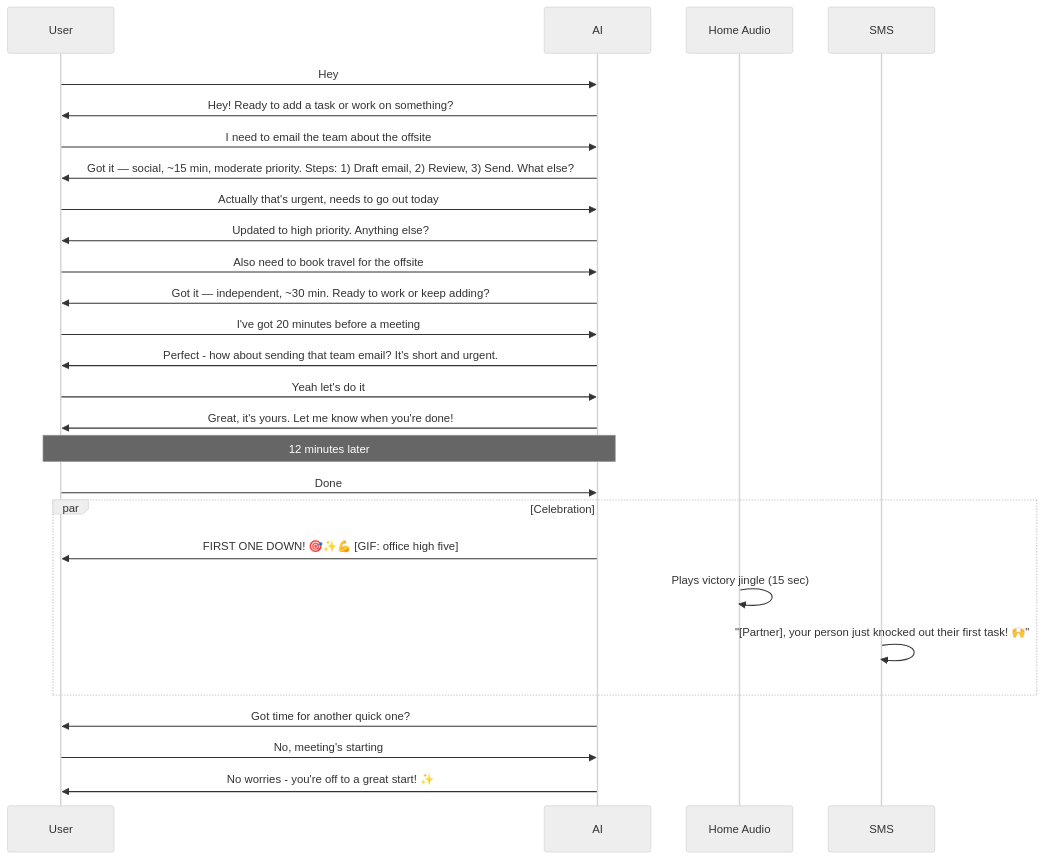
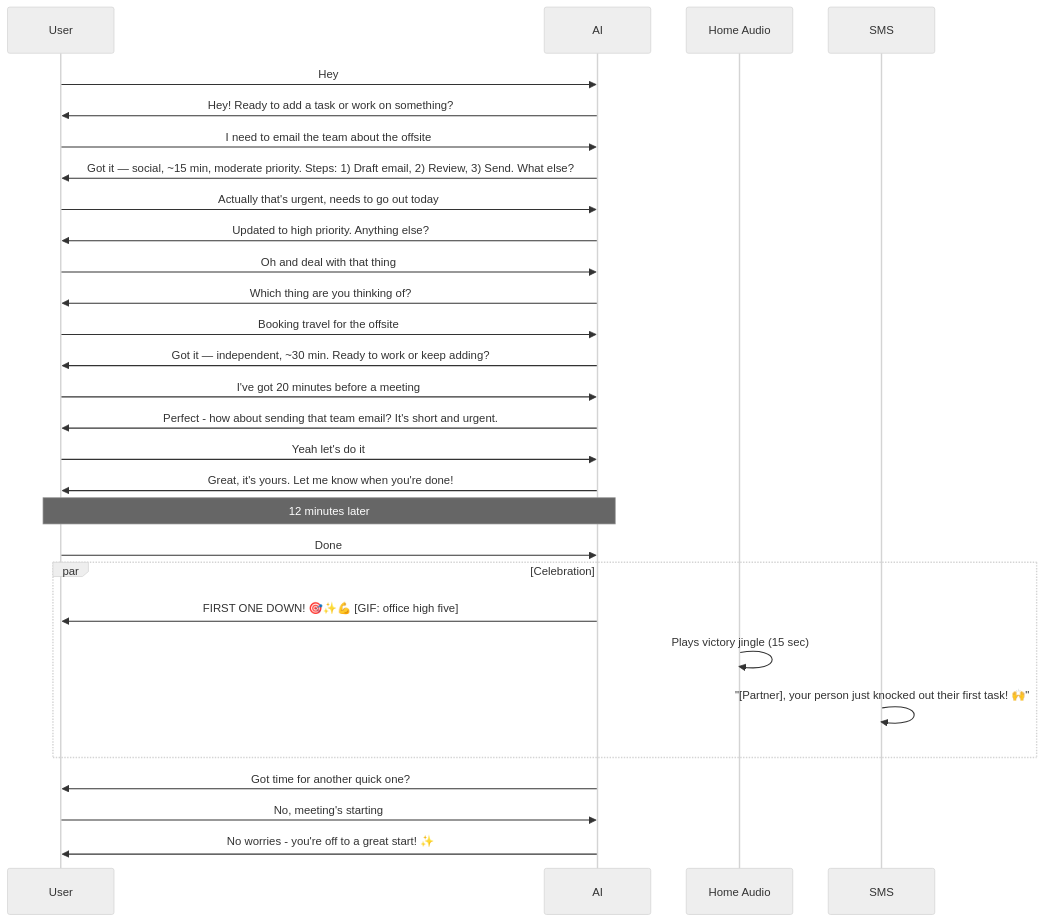
One commit to NickBorgersProbably/hide-my-list changed diagram 27 of 28 in docs/user-interactions.md. Above: the diagram before and after it, drawn with Mermaid (neutral theme). The commit also changed other lines of this file and 2 other files, not shown here.

````diff
--- a/docs/user-interactions.md
+++ b/docs/user-interactions.md
@@ -787,37 +818,39 @@
 ```mermaid
 sequenceDiagram
     participant U as User
     participant AI as AI
     participant HA as Home Audio
     participant SMS as SMS
 
     U->>AI: Hey
     AI->>U: Hey! Ready to add a task or work on something?
 
     U->>AI: I need to email the team about the offsite
     AI->>U: Got it — social, ~15 min, moderate priority. Steps: 1) Draft email, 2) Review, 3) Send. What else?
     U->>AI: Actually that's urgent, needs to go out today
     AI->>U: Updated to high priority. Anything else?
 
-    U->>AI: Also need to book travel for the offsite
+    U->>AI: Oh and deal with that thing
+    AI->>U: Which thing are you thinking of?
+    U->>AI: Booking travel for the offsite
     AI->>U: Got it — independent, ~30 min. Ready to work or keep adding?
 
     U->>AI: I've got 20 minutes before a meeting
     AI->>U: Perfect - how about sending that team email? It's short and urgent.
     U->>AI: Yeah let's do it
     AI->>U: Great, it's yours. Let me know when you're done!
 
     Note over U,AI: 12 minutes later
 
     U->>AI: Done
 
     par Celebration
         AI->>U: FIRST ONE DOWN! 🎯✨💪 [GIF: office high five]
         HA->>HA: Plays victory jingle (15 sec)
         SMS->>SMS: "[Partner], your person just knocked out their first task! 🙌"
     end
 
     AI->>U: Got time for another quick one?
     U->>AI: No, meeting's starting
     AI->>U: No worries - you're off to a great start! ✨
 ```
````
